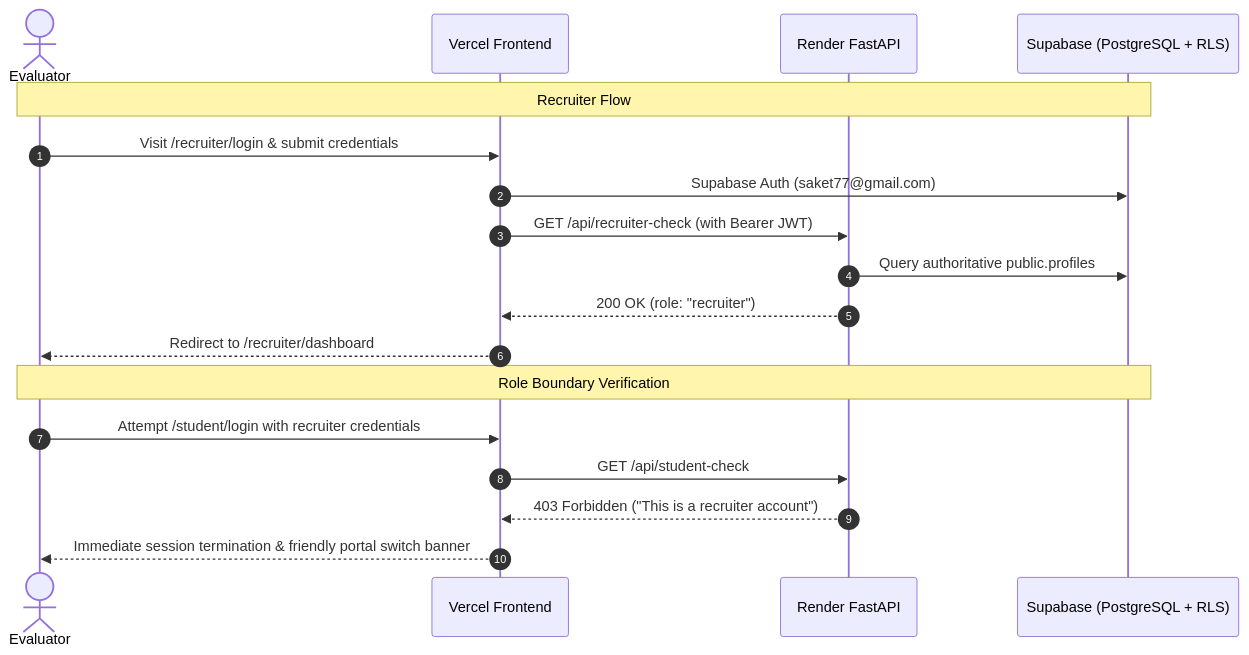
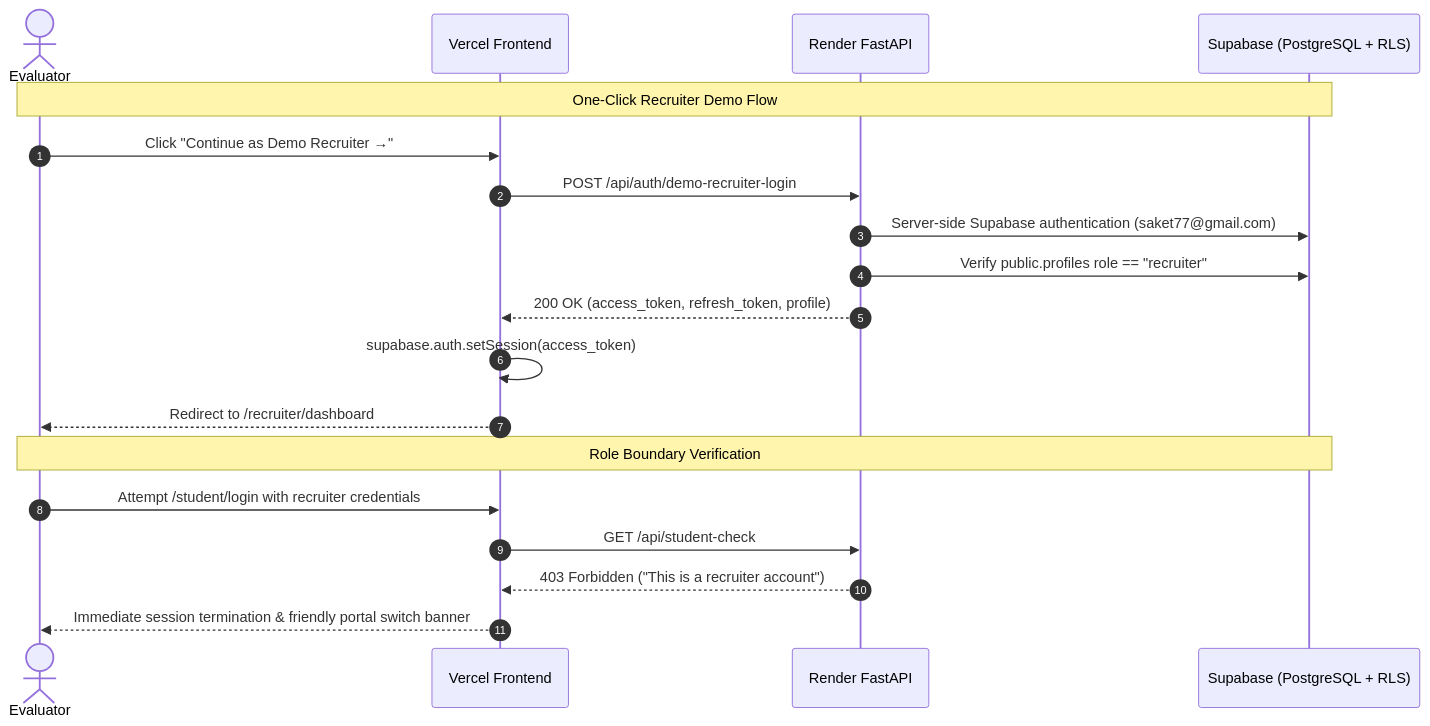
One commit to saketsinghrajput787-star/HireFlow changed the first of 2 diagrams in README.md. Above: the diagram before and after it, drawn with Mermaid. The commit also changed other lines of this file and 10 other files, not shown here.

Commit message:
feat: add one-click demo recruiter access with rate limiting and server-side auth

````diff
--- a/README.md
+++ b/README.md
@@ -113,22 +118,23 @@
 ```mermaid
 sequenceDiagram
     autonumber
     actor Evaluator
     participant Frontend as Vercel Frontend
     participant Backend as Render FastAPI
     participant DB as Supabase (PostgreSQL + RLS)
 
-    Note over Evaluator,DB: Recruiter Flow
-    Evaluator->>Frontend: Visit /recruiter/login & submit credentials
-    Frontend->>DB: Supabase Auth (saket77@gmail.com)
-    Frontend->>Backend: GET /api/recruiter-check (with Bearer JWT)
-    Backend->>DB: Query authoritative public.profiles
-    Backend-->>Frontend: 200 OK (role: "recruiter")
+    Note over Evaluator,DB: One-Click Recruiter Demo Flow
+    Evaluator->>Frontend: Click "Continue as Demo Recruiter →"
+    Frontend->>Backend: POST /api/auth/demo-recruiter-login
+    Backend->>DB: Server-side Supabase authentication (saket77@gmail.com)
+    Backend->>DB: Verify public.profiles role == "recruiter"
+    Backend-->>Frontend: 200 OK (access_token, refresh_token, profile)
+    Frontend->>Frontend: supabase.auth.setSession(access_token)
     Frontend-->>Evaluator: Redirect to /recruiter/dashboard
 
     Note over Evaluator,DB: Role Boundary Verification
     Evaluator->>Frontend: Attempt /student/login with recruiter credentials
     Frontend->>Backend: GET /api/student-check
     Backend-->>Frontend: 403 Forbidden ("This is a recruiter account")
     Frontend-->>Evaluator: Immediate session termination & friendly portal switch banner
 ```
````
